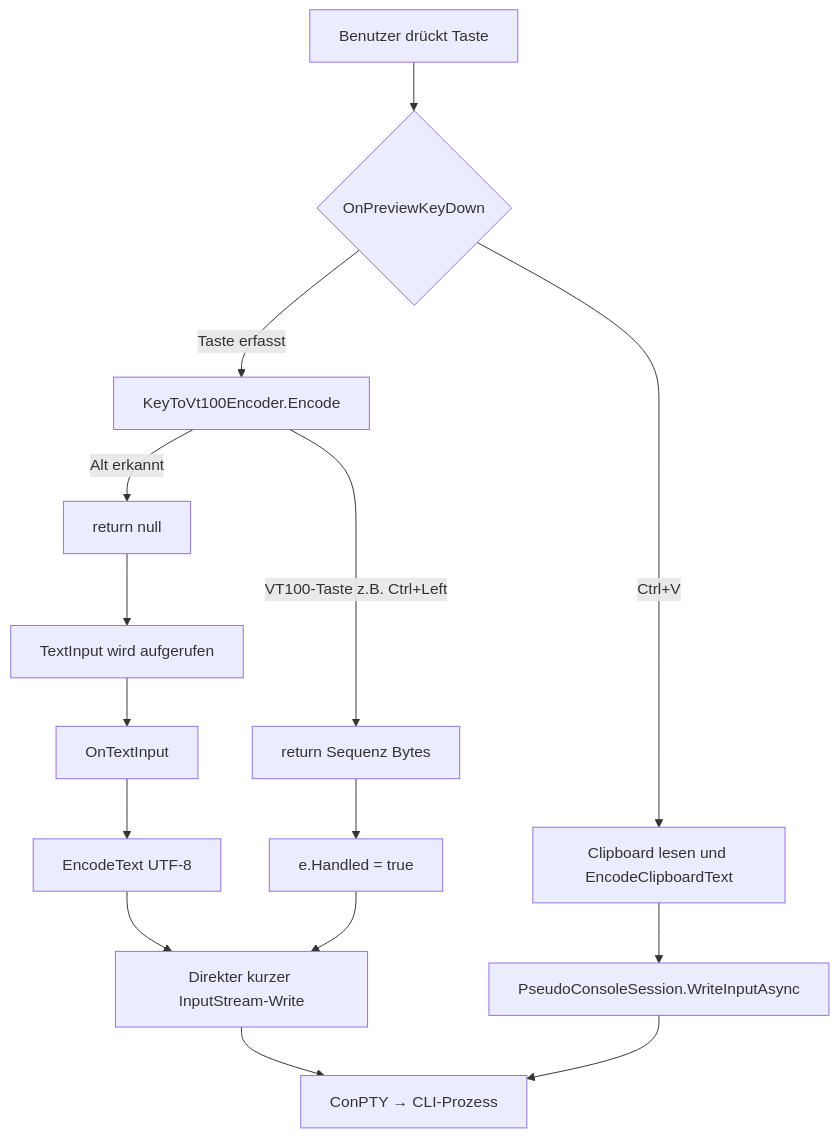
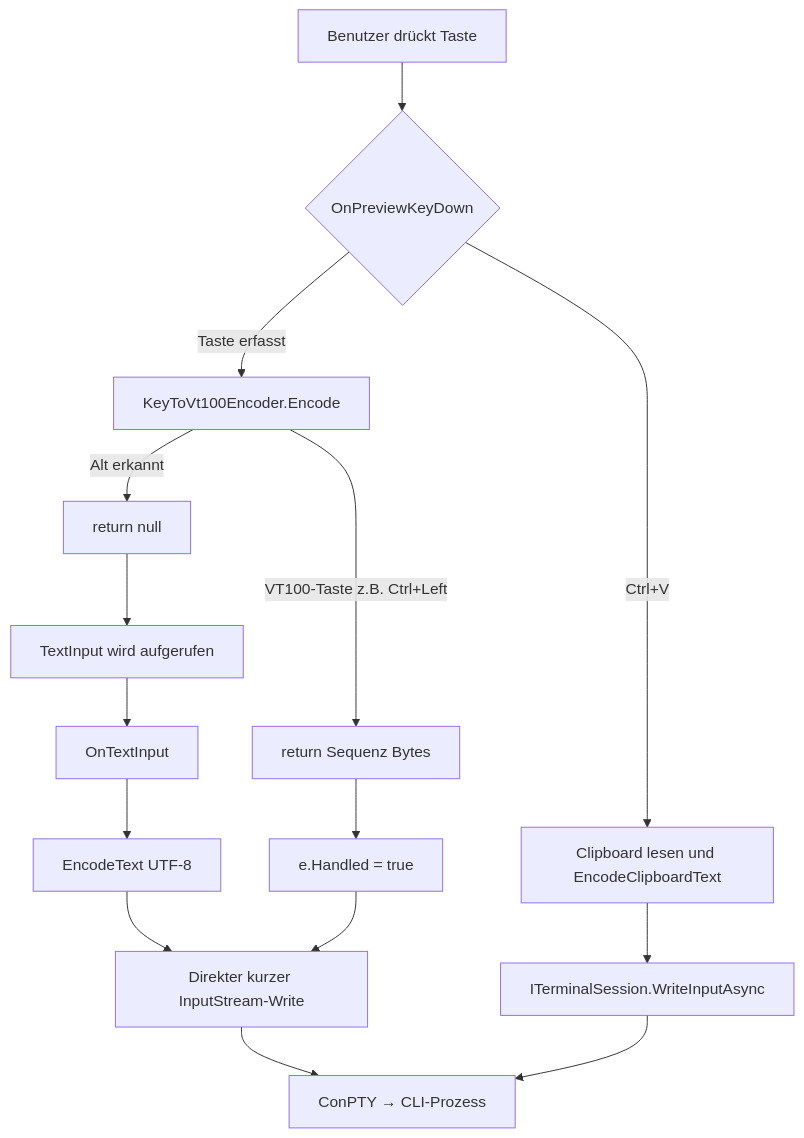
Before and after one commit to martin-stromberg/Softwareschmiede: the diagram in docs/help/terminal/eingabeverarbeitung.md, drawn with Mermaid. The commit also changed other lines of this file and 120 other files, not shown here.

````diff
--- a/docs/help/terminal/eingabeverarbeitung.md
+++ b/docs/help/terminal/eingabeverarbeitung.md
@@ -167,19 +167,19 @@
 ```mermaid
 flowchart TD
     A["Benutzer drückt Taste"] --> B{"OnPreviewKeyDown"}
     B -->|Taste erfasst| C["KeyToVt100Encoder.Encode"]
     C -->|Alt erkannt| D["return null"]
     D --> E["TextInput wird aufgerufen"]
     E --> F["OnTextInput"]
     F --> G["EncodeText UTF-8"]
     G --> H["Direkter kurzer InputStream-Write"]
     H --> M["ConPTY → CLI-Prozess"]
     
     C -->|VT100-Taste z.B. Ctrl+Left| J["return Sequenz Bytes"]
     J --> K["e.Handled = true"]
     K --> H
 
     B -->|Ctrl+V| L["Clipboard lesen und EncodeClipboardText"]
-    L --> I["PseudoConsoleSession.WriteInputAsync"]
+    L --> I["ITerminalSession.WriteInputAsync"]
     I --> M
 ```
````
